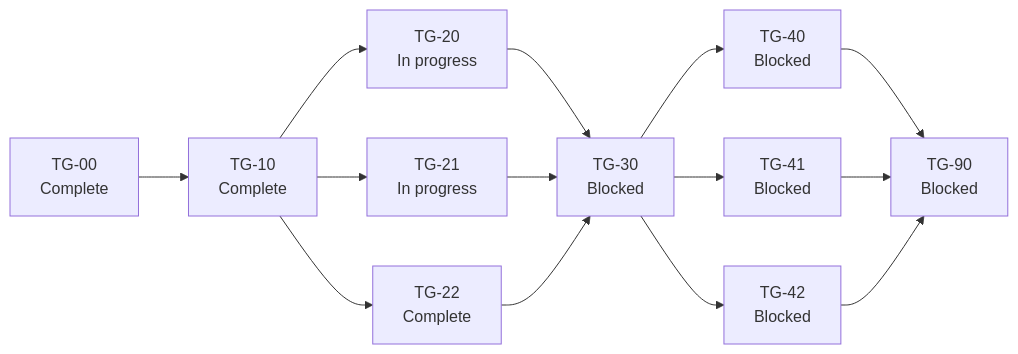
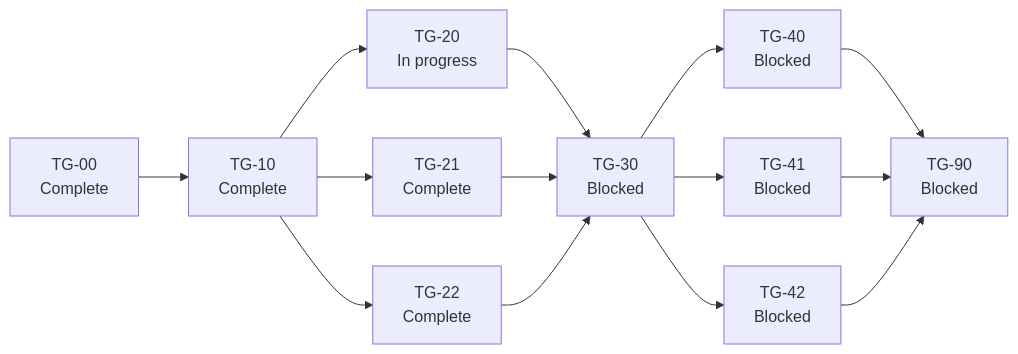
Before and after one commit to vatsalsaglani/rafu: the diagram in docs/plans/phases/terminal-groups/manifest.md, drawn with Mermaid. The commit also changed other lines of this file, not shown here.

````diff
--- a/docs/plans/phases/terminal-groups/manifest.md
+++ b/docs/plans/phases/terminal-groups/manifest.md
@@ -9,27 +9,27 @@
 ```mermaid
 flowchart LR
     D["TG-00<br/>Complete"]
     C["TG-10<br/>Complete"]
     R["TG-20<br/>In progress"]
-    V["TG-21<br/>In progress"]
+    V["TG-21<br/>Complete"]
     S["TG-22<br/>Complete"]
     W["TG-30<br/>Blocked"]
     M["TG-40<br/>Blocked"]
     K["TG-41<br/>Blocked"]
     A["TG-42<br/>Blocked"]
     Q["TG-90<br/>Blocked"]
 
     D --> C
     C --> R
     C --> V
     C --> S
     R --> W
     V --> W
     S --> W
     W --> M
     W --> K
     W --> A
     M --> Q
     K --> Q
     A --> Q
 ```
````
